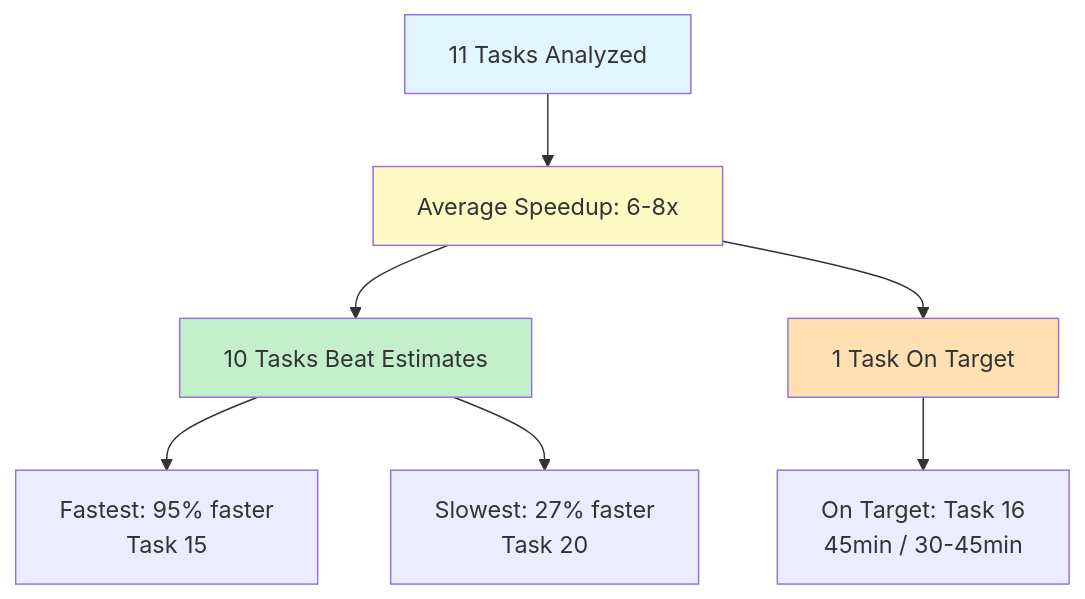
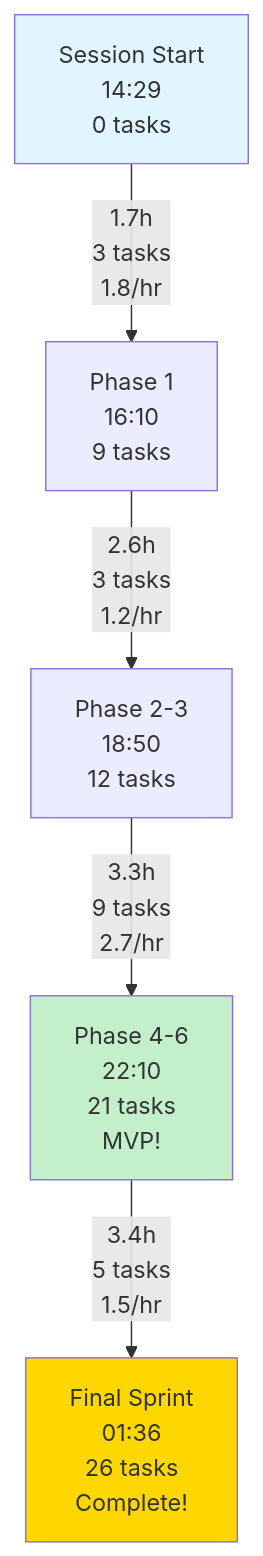
The third of 10 diagrams in docs/analysis/performance-analysis.md (rfrowe/the_floor), drawn with Mermaid before and after one commit. The commit also changed other lines of this file and 5 other files, not shown here.

First line of the commit message:
docs: complete session analysis with final metrics and DST-adjusted timeline

````diff
--- a/docs/analysis/performance-analysis.md
+++ b/docs/analysis/performance-analysis.md
@@ -224,14 +240,11 @@
 ```mermaid
 graph TD
-    A[11 Tasks Analyzed] --> B[Average Speedup: 6-8x]
-    B --> C[10 Tasks Beat Estimates]
-    B --> D[1 Task On Target]
-    C --> E[Fastest: 95% faster<br/>Task 15]
-    C --> F[Slowest: 27% faster<br/>Task 20]
-    D --> G[On Target: Task 16<br/>45min / 30-45min]
+    A[Session Start<br/>14:29<br/>0 tasks] -->|1.7h<br/>3 tasks<br/>1.8/hr| B[Phase 1<br/>16:10<br/>9 tasks]
+    B -->|2.6h<br/>3 tasks<br/>1.2/hr| C[Phase 2-3<br/>18:50<br/>12 tasks]
+    C -->|3.3h<br/>9 tasks<br/>2.7/hr| D[Phase 4-6<br/>22:10<br/>21 tasks<br/>MVP!]
+    D -->|3.4h<br/>5 tasks<br/>1.5/hr| E[Final Sprint<br/>01:36<br/>26 tasks<br/>Complete!]
 
     style A fill:#e1f5ff
-    style B fill:#fff9c4
-    style C fill:#c3f0ca
-    style D fill:#ffe0b2
+    style D fill:#c3f0ca
+    style E fill:#ffd700
 ```
````
